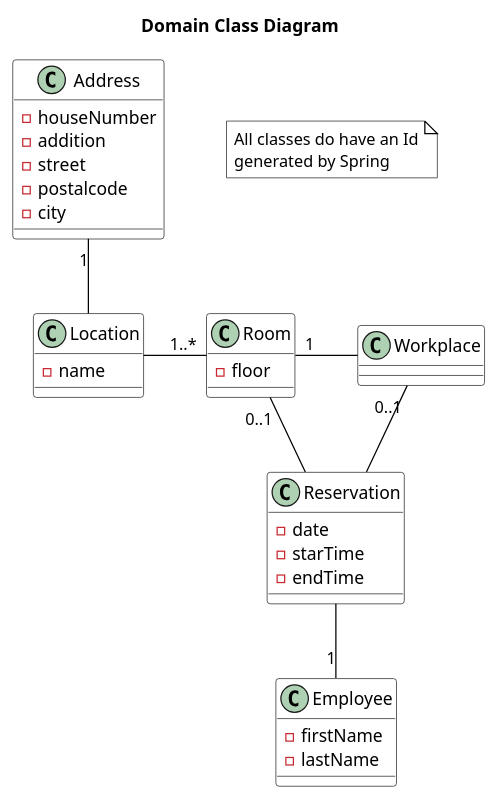
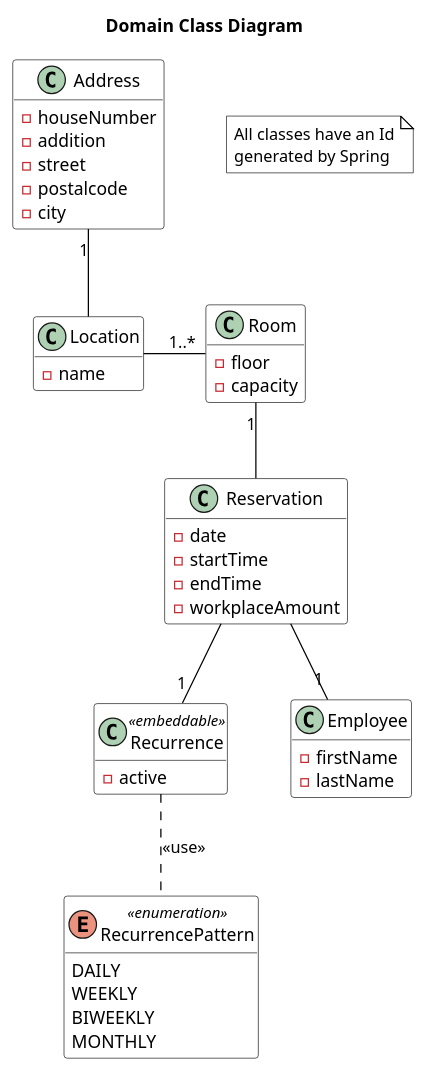
Before and after one commit to JustMilan/worqplace-backend: the diagram in development/documentation/domain-class-diagram.plantuml, drawn with PlantUML. The commit also changed 10 other files, not shown here.

Commit message:
implemented requested changes in merge request. Updated plantuml to recent class model

```diff
--- a/development/documentation/domain-class-diagram.plantuml
+++ b/development/documentation/domain-class-diagram.plantuml
@@ -1,61 +1,72 @@
 @startuml
 title Domain Class Diagram
 
 note as note1 #white
-All classes do have an Id
+All classes have an Id
 generated by Spring
 end note
 
 'settings
 skinparam class {
 classAttributeIconSize 0
 ArrowColor black
 BorderColor black
 BackgroundColor white
 }
 
 skinparam shadowing false
 skinparam stereotypeCBackgroundColor LightBlue
 skinparam nodesep 50
 skinparam noteBorderColor black
+hide methods
 
 'classes
 class Address {
 - houseNumber
 - addition
 - street
 - postalcode
 - city
 }
 
 class Location {
 - name
 }
 
 class Room {
 - floor
-}
-
-class Workplace {
+- capacity
 }
 
 class Reservation {
 - date
-- starTime
+- startTime
 - endTime
+- workplaceAmount
+}
+
+class Recurrence <<embeddable>> {
+- active
+}
+
+enum RecurrencePattern <<enumeration>> {
+DAILY
+WEEKLY
+BIWEEKLY
+MONTHLY
 }
 
 class Employee {
 - firstName
 - lastName
 }
 
 'Relations
 Address "1" -down- Location
 Location -right- "1..*" Room
-Room "1" -right- Workplace
-Room "0..1" -- Reservation
-Workplace "0..1" -- Reservation
+Room "1" -- Reservation
 Reservation -- "1" Employee
+Reservation --"1" Recurrence
+Recurrence .. RecurrencePattern:<<use>>
 
 @enduml
```
